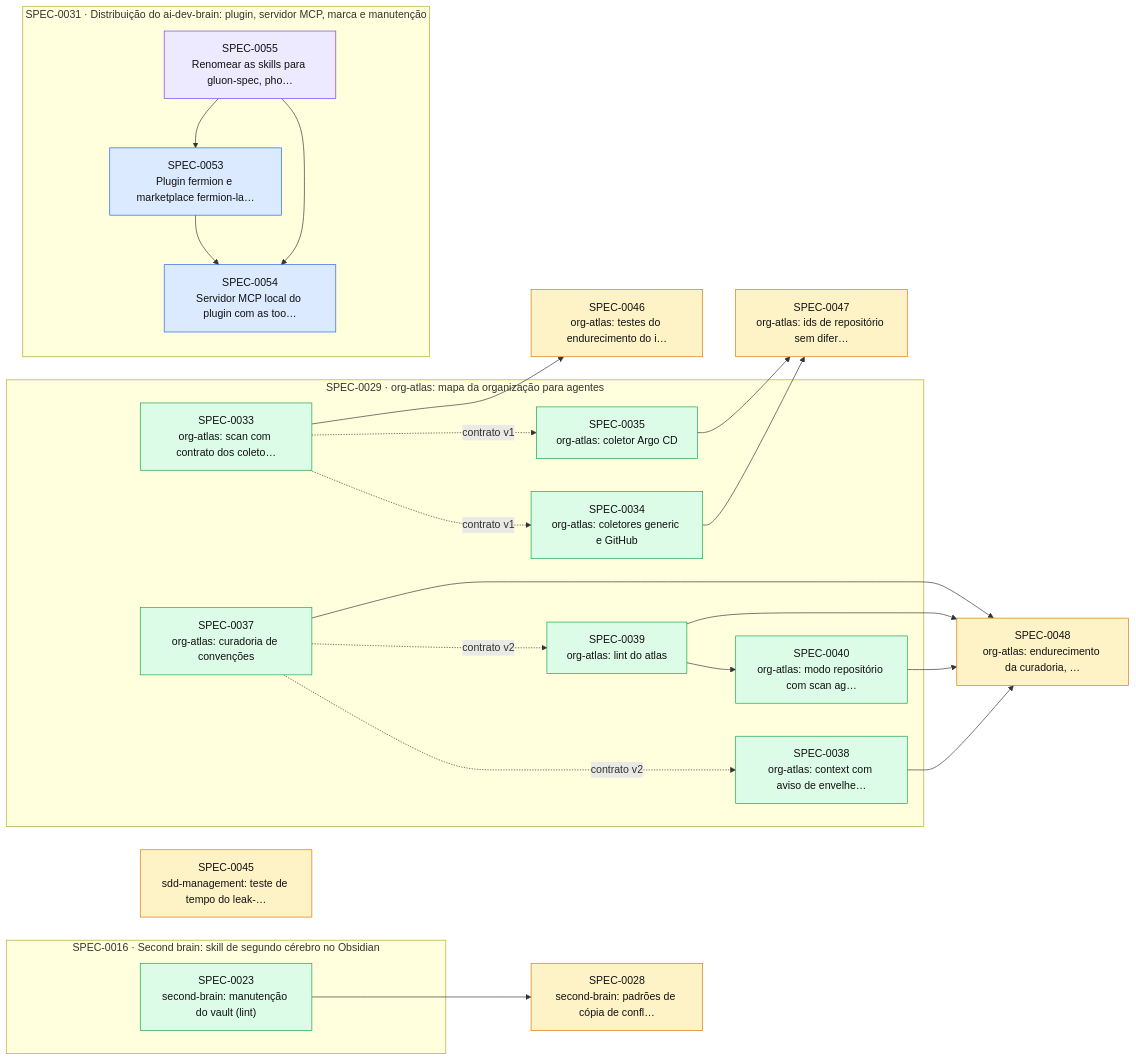
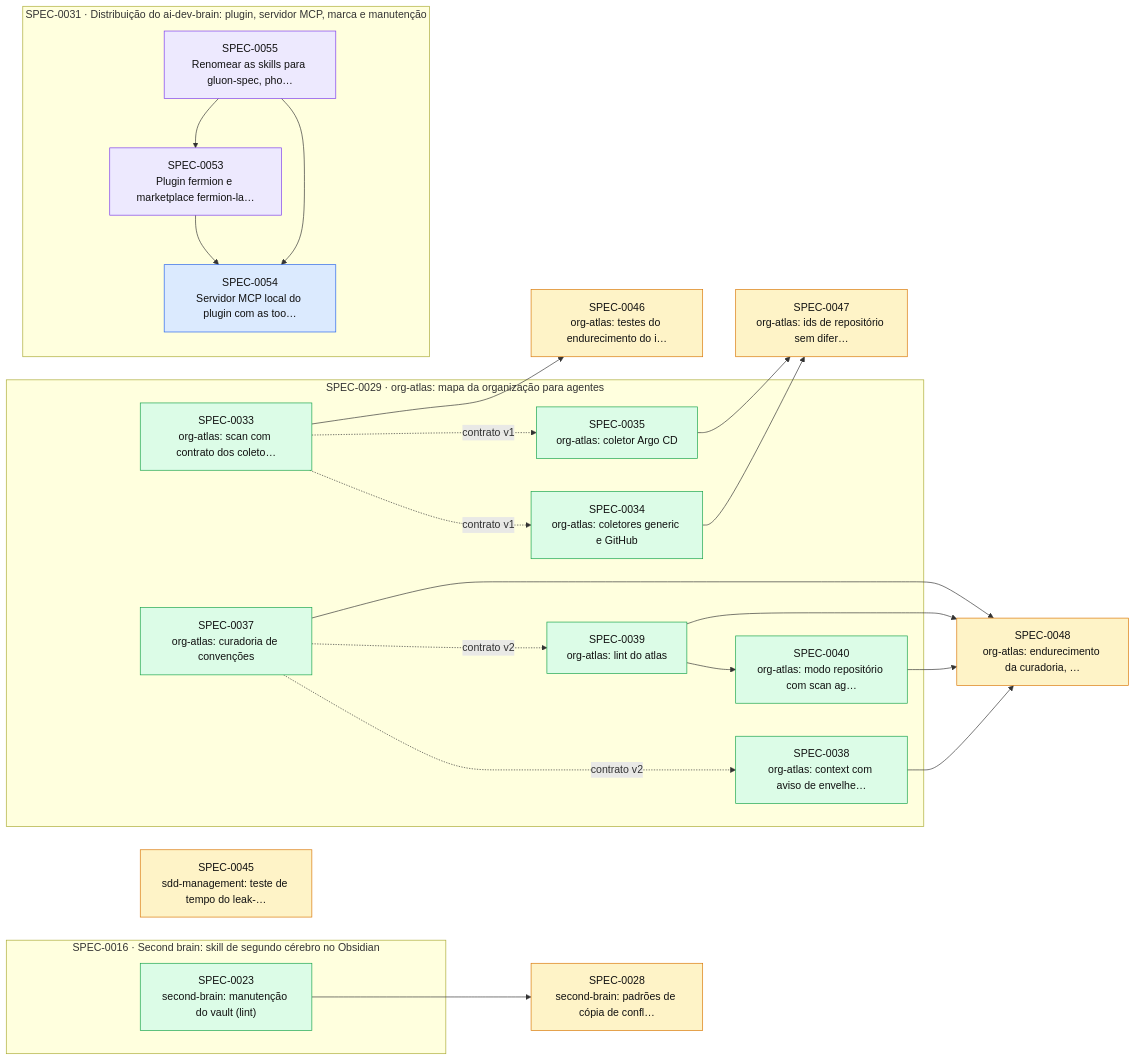
Before and after one commit to thomasravache/ai-dev-brain: the diagram in docs/specs/INDEX.md, drawn with Mermaid. The commit also changed other lines of this file and 1 other file, not shown here.

First line of the commit message:
docs(specs): emenda v2 proposta da SPEC-0053 e impedimento IMP-01

````diff
--- a/docs/specs/INDEX.md
+++ b/docs/specs/INDEX.md
@@ -61,46 +61,46 @@
 ```mermaid
 flowchart LR
   S0028["SPEC-0028<br/>second-brain: padrões de cópia de confl…"]:::proposed
   S0045["SPEC-0045<br/>sdd-management: teste de tempo do leak-…"]:::proposed
   S0046["SPEC-0046<br/>org-atlas: testes do endurecimento do i…"]:::proposed
   S0047["SPEC-0047<br/>org-atlas: ids de repositório sem difer…"]:::proposed
   S0048["SPEC-0048<br/>org-atlas: endurecimento da curadoria, …"]:::proposed
   subgraph E0016["SPEC-0016 · Second brain: skill de segundo cérebro no Obsidian"]
     S0023["SPEC-0023<br/>second-brain: manutenção do vault (lint)"]:::implemented
   end
   subgraph E0029["SPEC-0029 · org-atlas: mapa da organização para agentes"]
     S0033["SPEC-0033<br/>org-atlas: scan com contrato dos coleto…"]:::implemented
     S0034["SPEC-0034<br/>org-atlas: coletores generic e GitHub"]:::implemented
     S0035["SPEC-0035<br/>org-atlas: coletor Argo CD"]:::implemented
     S0037["SPEC-0037<br/>org-atlas: curadoria de convenções"]:::implemented
     S0038["SPEC-0038<br/>org-atlas: context com aviso de envelhe…"]:::implemented
     S0039["SPEC-0039<br/>org-atlas: lint do atlas"]:::implemented
     S0040["SPEC-0040<br/>org-atlas: modo repositório com scan ag…"]:::implemented
   end
   subgraph E0031["SPEC-0031 · Distribuição do ai-dev-brain: plugin, servidor MCP, marca e manutenção"]
-    S0053["SPEC-0053<br/>Plugin fermion e marketplace fermion-la…"]:::approved
+    S0053["SPEC-0053<br/>Plugin fermion e marketplace fermion-la…"]:::inprogress
     S0054["SPEC-0054<br/>Servidor MCP local do plugin com as too…"]:::approved
     S0055["SPEC-0055<br/>Renomear as skills para gluon-spec, pho…"]:::inprogress
   end
   S0023 --> S0028
   S0033 -. contrato v1 .-> S0034
   S0033 -. contrato v1 .-> S0035
   S0037 -. contrato v2 .-> S0038
   S0037 -. contrato v2 .-> S0039
   S0039 --> S0040
   S0033 --> S0046
   S0034 --> S0047
   S0035 --> S0047
   S0037 --> S0048
   S0038 --> S0048
   S0039 --> S0048
   S0040 --> S0048
   S0055 --> S0053
   S0053 --> S0054
   S0055 --> S0054
   classDef proposed fill:#fef3c7,stroke:#d97706,color:#111
   classDef approved fill:#dbeafe,stroke:#2563eb,color:#111
   classDef inprogress fill:#ede9fe,stroke:#7c3aed,color:#111
   classDef implemented fill:#dcfce7,stroke:#16a34a,color:#111
   classDef deprecated fill:#f3f4f6,stroke:#9ca3af,color:#6b7280
 ```
````
